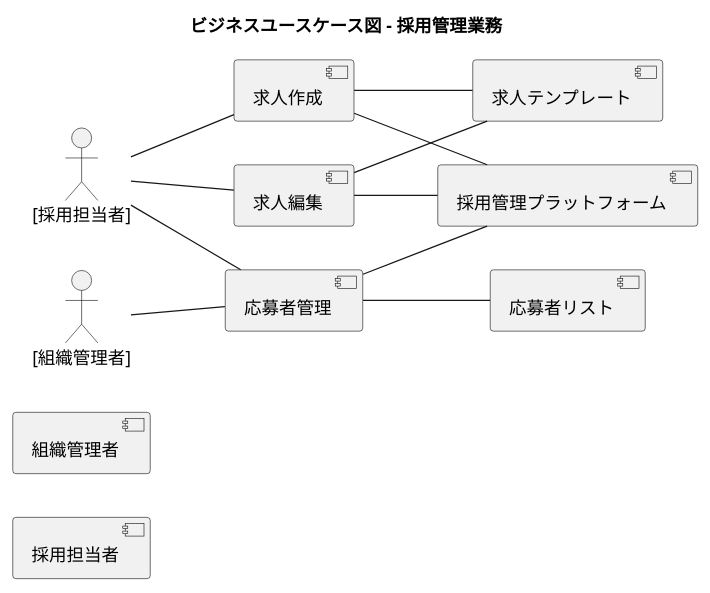
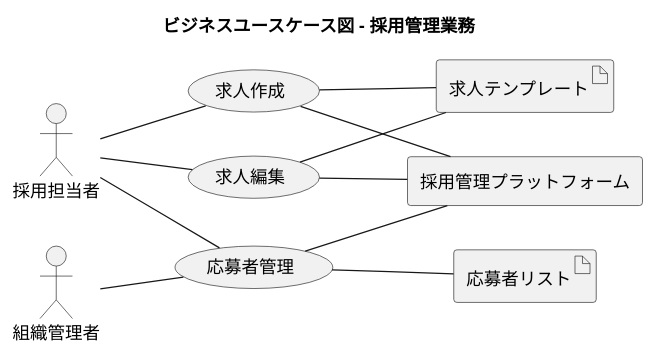
One commit to k2works/ai-programing-exercise changed the fifth of 14 diagrams in docs/requirements/requirements_definition.md. Above: the diagram before and after it, drawn with PlantUML. The commit also changed other lines of this file, not shown here.

First line of the commit message:
style: fix PlantUML actor notation in requirements definition

````diff
--- a/docs/requirements/requirements_definition.md
+++ b/docs/requirements/requirements_definition.md
@@ -217,34 +217,34 @@
 ```plantuml
 @startuml
 
 title ビジネスユースケース図 - 採用管理業務
 
 left to right direction
 
-actor [採用担当者]
-actor [組織管理者]
+actor 採用担当者
+actor 組織管理者
 
-agent [採用管理プラットフォーム]
+agent 採用管理プラットフォーム
 
-usecase [求人作成] as uc_01
-usecase [求人編集] as uc_02
-usecase [応募者管理] as uc_03
+usecase 求人作成 as uc_01
+usecase 求人編集 as uc_02
+usecase 応募者管理 as uc_03
 
-artifact [求人テンプレート] as af_01
-artifact [応募者リスト] as af_02
+artifact 求人テンプレート as af_01
+artifact 応募者リスト as af_02
 
-:[採用担当者]: -- (uc_01)
-:[採用担当者]: -- (uc_02)
-:[採用担当者]: -- (uc_03)
-:[組織管理者]: -- (uc_03)
+:採用担当者: -- (uc_01)
+:採用担当者: -- (uc_02)
+:採用担当者: -- (uc_03)
+:組織管理者: -- (uc_03)
 
-(uc_01) -- [採用管理プラットフォーム]
-(uc_02) -- [採用管理プラットフォーム]
-(uc_03) -- [採用管理プラットフォーム]
+(uc_01) -- 採用管理プラットフォーム
+(uc_02) -- 採用管理プラットフォーム
+(uc_03) -- 採用管理プラットフォーム
 
 (uc_01) -- af_01
 (uc_02) -- af_01
 (uc_03) -- af_02
 
 @enduml
 ```
````
